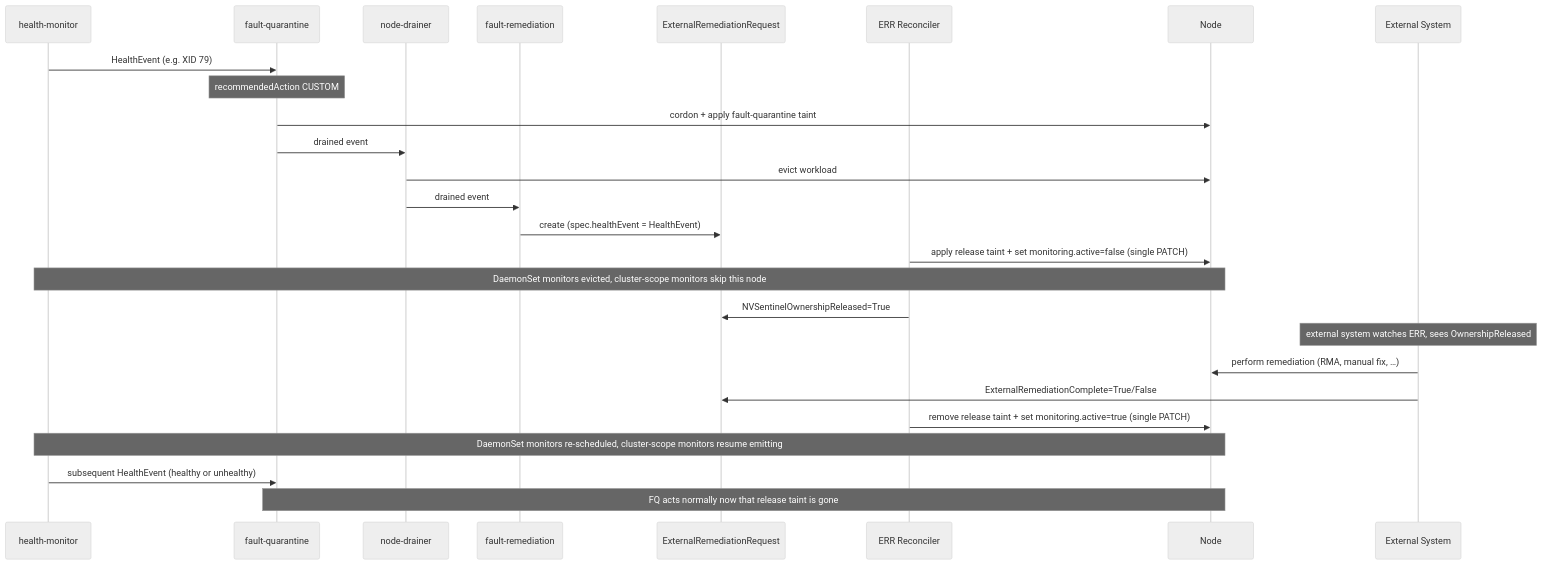
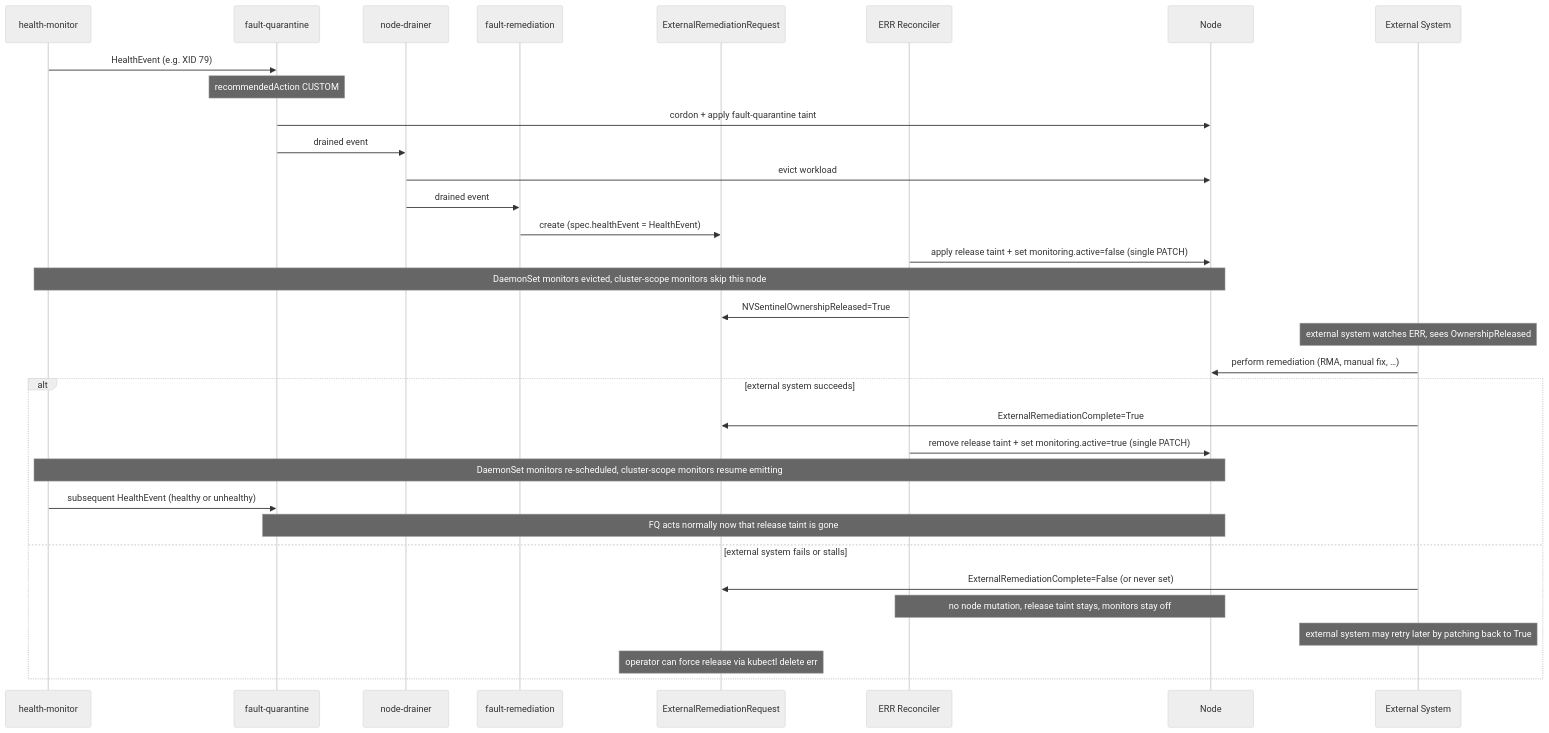
One commit to NVIDIA/NVSentinel changed the diagram in docs/designs/040-external-remediation-request.md. Above: the diagram before and after it, drawn with Mermaid (neutral theme). The commit also changed other lines of this file, not shown here.

````diff
--- a/docs/designs/040-external-remediation-request.md
+++ b/docs/designs/040-external-remediation-request.md
@@ -337,29 +360,36 @@
 ```mermaid
 sequenceDiagram
     participant HM as health-monitor
     participant FQ as fault-quarantine
     participant ND as node-drainer
     participant FR as fault-remediation
     participant ERR as ExternalRemediationRequest
     participant RC as ERR Reconciler
     participant N as Node
     participant EXT as External System
 
     HM->>FQ: HealthEvent (e.g. XID 79)
     Note over FQ: recommendedAction CUSTOM
     FQ->>N: cordon + apply fault-quarantine taint
     FQ->>ND: drained event
     ND->>N: evict workload
     ND->>FR: drained event
     FR->>ERR: create (spec.healthEvent = HealthEvent)
     RC->>N: apply release taint + set monitoring.active=false (single PATCH)
     Note over HM,N: DaemonSet monitors evicted, cluster-scope monitors skip this node
     RC->>ERR: NVSentinelOwnershipReleased=True
     Note over EXT: external system watches ERR, sees OwnershipReleased
     EXT->>N: perform remediation (RMA, manual fix, …)
-    EXT->>ERR: ExternalRemediationComplete=True/False
-    RC->>N: remove release taint + set monitoring.active=true (single PATCH)
-    Note over HM,N: DaemonSet monitors re-scheduled, cluster-scope monitors resume emitting
-    HM->>FQ: subsequent HealthEvent (healthy or unhealthy)
-    Note over FQ,N: FQ acts normally now that release taint is gone
+    alt external system succeeds
+        EXT->>ERR: ExternalRemediationComplete=True
+        RC->>N: remove release taint + set monitoring.active=true (single PATCH)
+        Note over HM,N: DaemonSet monitors re-scheduled, cluster-scope monitors resume emitting
+        HM->>FQ: subsequent HealthEvent (healthy or unhealthy)
+        Note over FQ,N: FQ acts normally now that release taint is gone
+    else external system fails or stalls
+        EXT->>ERR: ExternalRemediationComplete=False (or never set)
+        Note over RC,N: no node mutation, release taint stays, monitors stay off
+        Note over EXT: external system may retry later by patching back to True
+        Note over ERR: operator can force release via kubectl delete err
+    end
 ```
````
